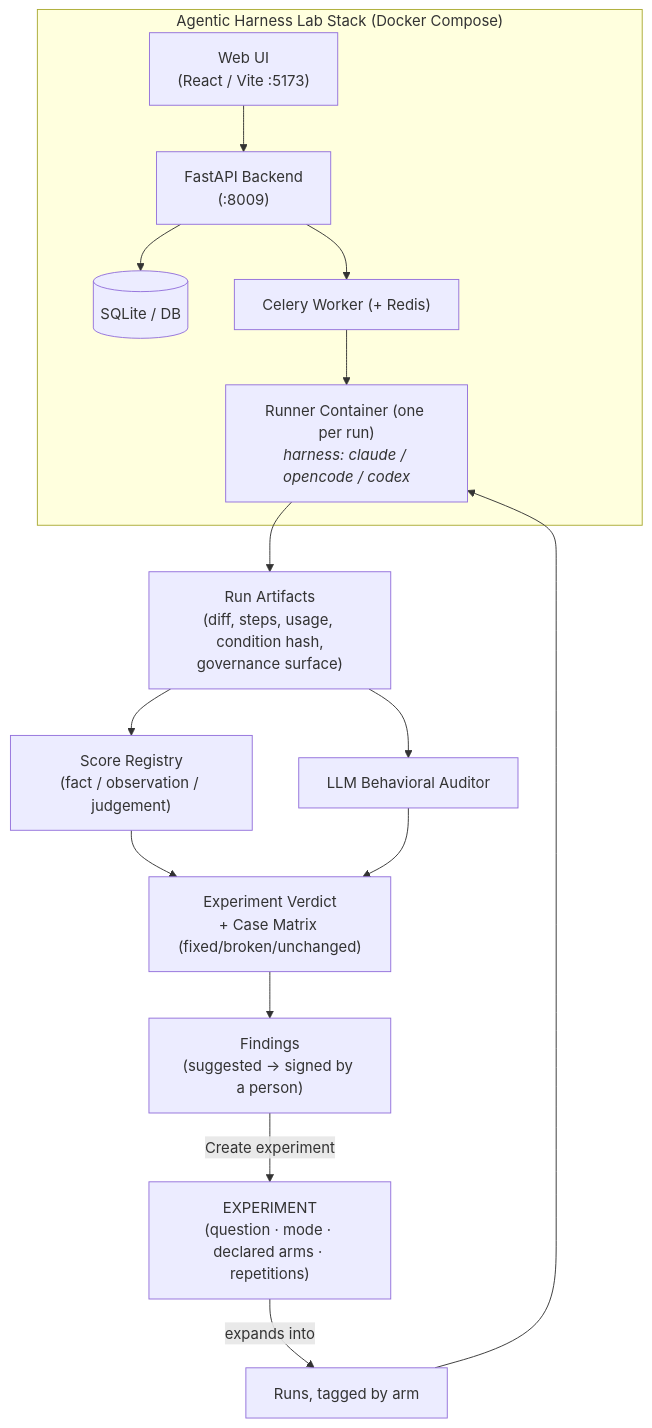
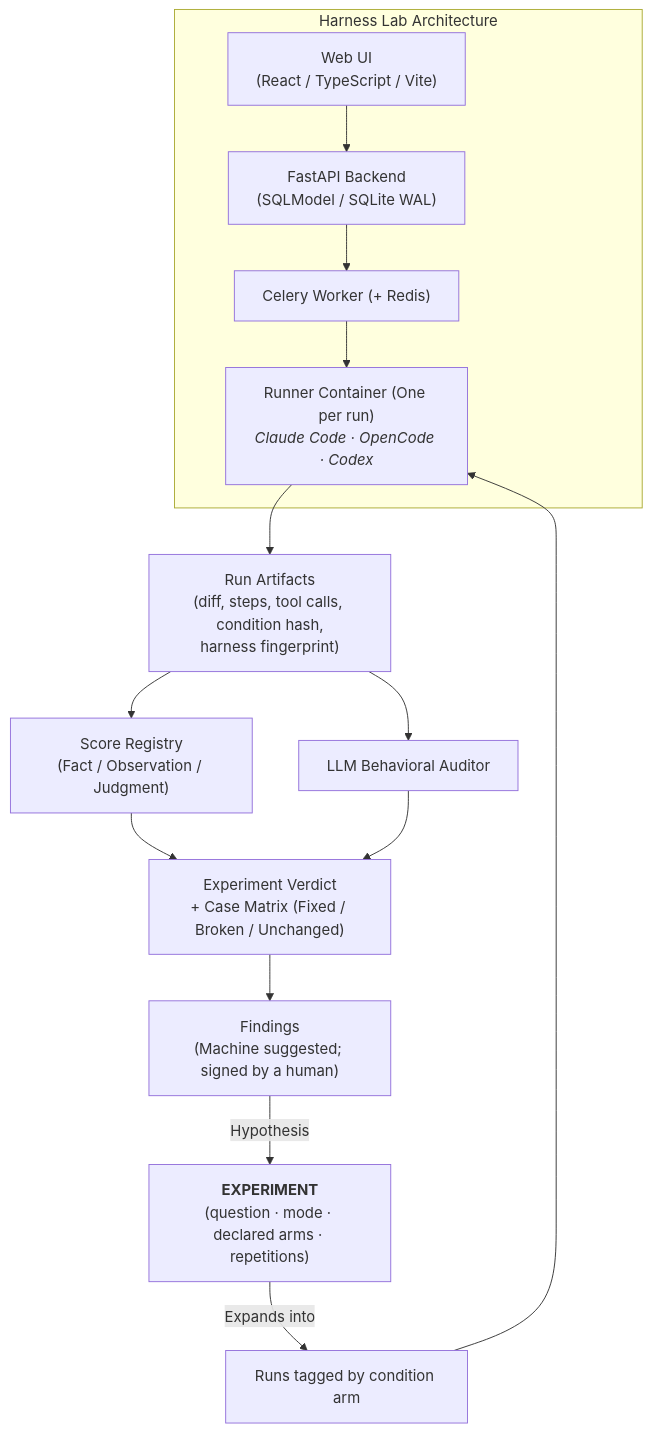
One commit to marcosdh1987/harness-engineering-guide changed the diagram in docs/en/reference-implementation/ai-agentic-harness-lab/index.md. Above: the diagram before and after it, drawn with Mermaid. The commit also changed other lines of this file and 120 other files, not shown here.

````diff
--- a/docs/en/reference-implementation/ai-agentic-harness-lab/index.md
+++ b/docs/en/reference-implementation/ai-agentic-harness-lab/index.md
@@ -13,18 +18,17 @@
 ```mermaid
 flowchart TB
-    subgraph STACK["Agentic Harness Lab Stack (Docker Compose)"]
-        UI["Web UI<br/>(React / Vite :5173)"] --> API["FastAPI Backend<br/>(:8009)"]
-        API --> DB[(SQLite / DB)]
+    subgraph STACK["Harness Lab Architecture"]
+        UI["Web UI<br/>(React / TypeScript / Vite)"] --> API["FastAPI Backend<br/>(SQLModel / SQLite WAL)"]
         API --> W["Celery Worker (+ Redis)"]
-        W --> RUNNER["Runner Container (one per run)<br/><i>harness: claude / opencode / codex</i>"]
+        W --> RUNNER["Runner Container (One per run)<br/><i>Claude Code · OpenCode · Codex</i>"]
     end
 
-    EXP["EXPERIMENT<br/>(question · mode · declared arms · repetitions)"] -->|"expands into"| RUNS["Runs, tagged by arm"]
+    EXP["<b>EXPERIMENT</b><br/>(question · mode · declared arms · repetitions)"] -->|"Expands into"| RUNS["Runs tagged by condition arm"]
     RUNS --> RUNNER
-    RUNNER --> ART["Run Artifacts<br/>(diff, steps, usage, condition hash,<br/>governance surface)"]
-    ART --> SCORE["Score Registry<br/>(fact / observation / judgement)"]
+    RUNNER --> ART["Run Artifacts<br/>(diff, steps, tool calls, condition hash,<br/>harness fingerprint)"]
+    ART --> SCORE["Score Registry<br/>(Fact / Observation / Judgment)"]
     ART --> AUDIT["LLM Behavioral Auditor"]
-    SCORE & AUDIT --> VERDICT["Experiment Verdict<br/>+ Case Matrix (fixed/broken/unchanged)"]
-    VERDICT --> FIND["Findings<br/>(suggested → signed by a person)"]
-    FIND -->|"Create experiment"| EXP
+    SCORE & AUDIT --> VERDICT["Experiment Verdict<br/>+ Case Matrix (Fixed / Broken / Unchanged)"]
+    VERDICT --> FIND["Findings<br/>(Machine suggested; signed by a human)"]
+    FIND -->|"Hypothesis"| EXP
 ```
````
